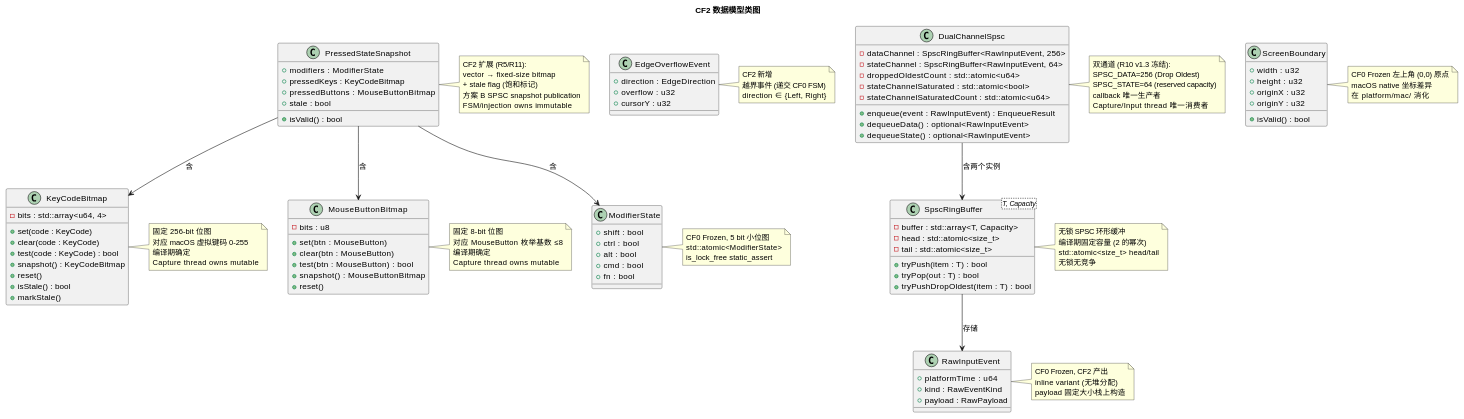
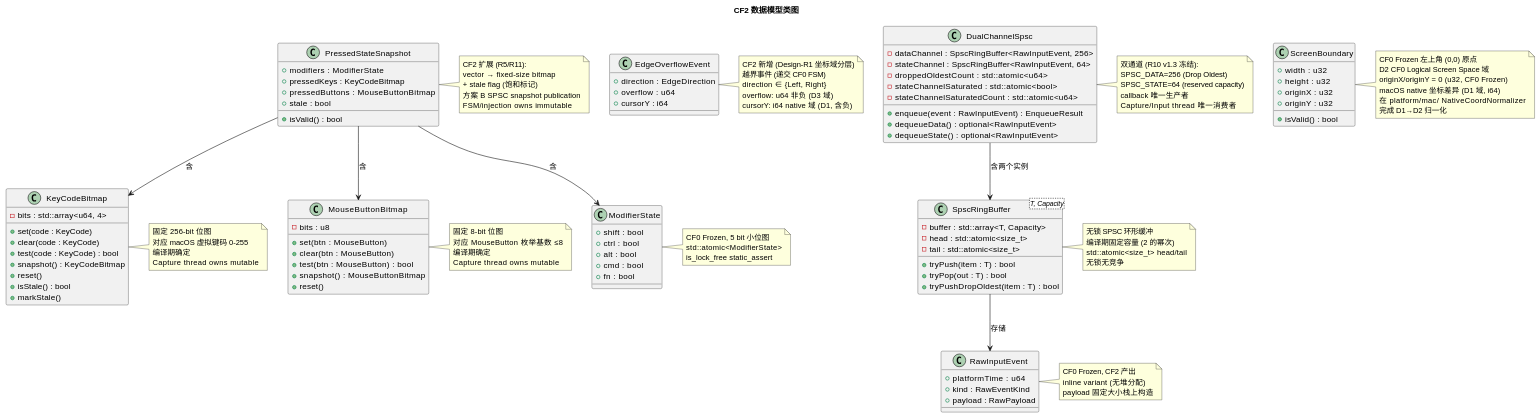
The eighth of 9 diagrams in docs/cf2_mac_capture/design.md (wujupeng/CrossFlow-X), drawn with PlantUML before and after one commit. The commit also changed other lines of this file, not shown here.

First line of the commit message:
docs(cf2): CF2 Design Amendment v1.1 - 10 Contract-level fixes

```diff
--- a/docs/cf2_mac_capture/design.md
+++ b/docs/cf2_mac_capture/design.md
@@ -1026,13 +1079,15 @@
 
 class EdgeOverflowEvent {
     + direction : EdgeDirection
-    + overflow : u32
-    + cursorY : u32
+    + overflow : u64
+    + cursorY : i64
 }
 note right of EdgeOverflowEvent
-  CF2 新增
+  CF2 新增 (Design-R1 坐标域分层)
   越界事件 (递交 CF0 FSM)
   direction ∈ {Left, Right}
+  overflow: u64 非负 (D3 域)
+  cursorY: i64 native 域 (D1, 含负)
 end note
 
 class RawInputEvent {
@@ -1068,8 +1123,11 @@
 }
 note right of ScreenBoundary
   CF0 Frozen 左上角 (0,0) 原点
-  macOS native 坐标差异
-  在 platform/mac/ 消化
+  D2 CF0 Logical Screen Space 域
+  originX/originY = 0 (u32, CF0 Frozen)
+  macOS native 坐标差异 (D1 域, i64)
+  在 platform/mac/ NativeCoordNormalizer
+  完成 D1→D2 归一化
 end note
 
 class SpscRingBuffer<T, Capacity> {
```
